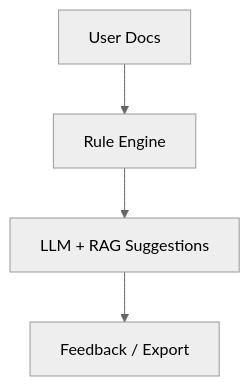
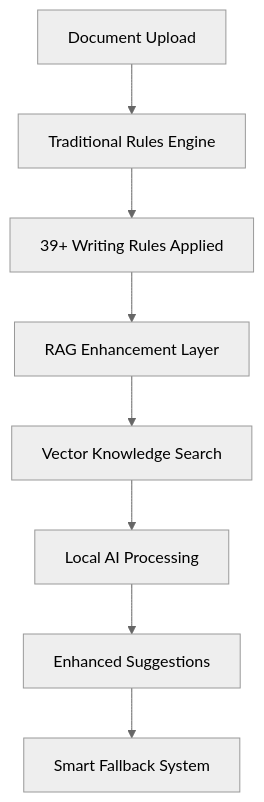
Before and after one commit to Tharun135/DocScanner-site: the first of 2 diagrams in docs/technology.md, drawn with Mermaid (neutral theme). The commit also changed other lines of this file and 66 other files, not shown here.

````diff
--- a/docs/technology.md
+++ b/docs/technology.md
@@ -51,6 +11,10 @@
 ```mermaid
-graph TD
-    A[User Docs] --> B[Rule Engine]
-    B --> C[LLM + RAG Suggestions]
-    C --> D[Feedback / Export]
+graph TB
+    A[Document Upload] --> B[Traditional Rules Engine]
+    B --> C[39+ Writing Rules Applied]
+    C --> D[RAG Enhancement Layer]
+    D --> E[Vector Knowledge Search]
+    E --> F[Local AI Processing]
+    F --> G[Enhanced Suggestions]
+    G --> H[Smart Fallback System]
 ```
````
